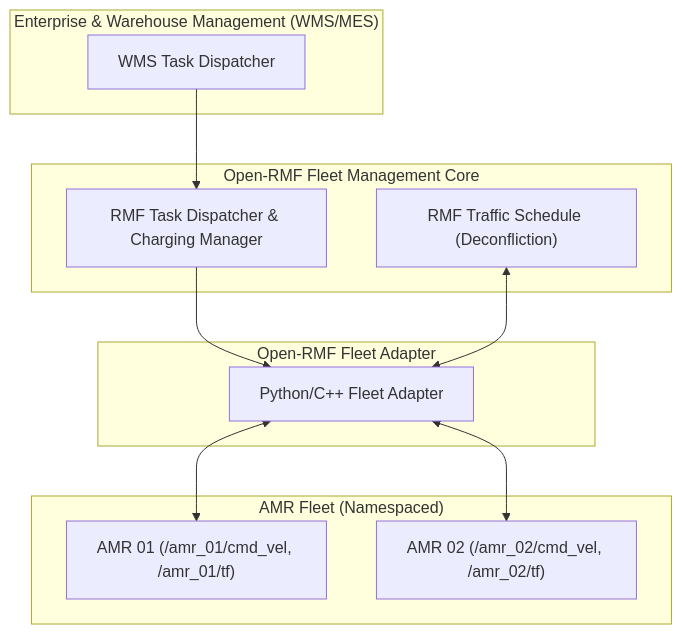
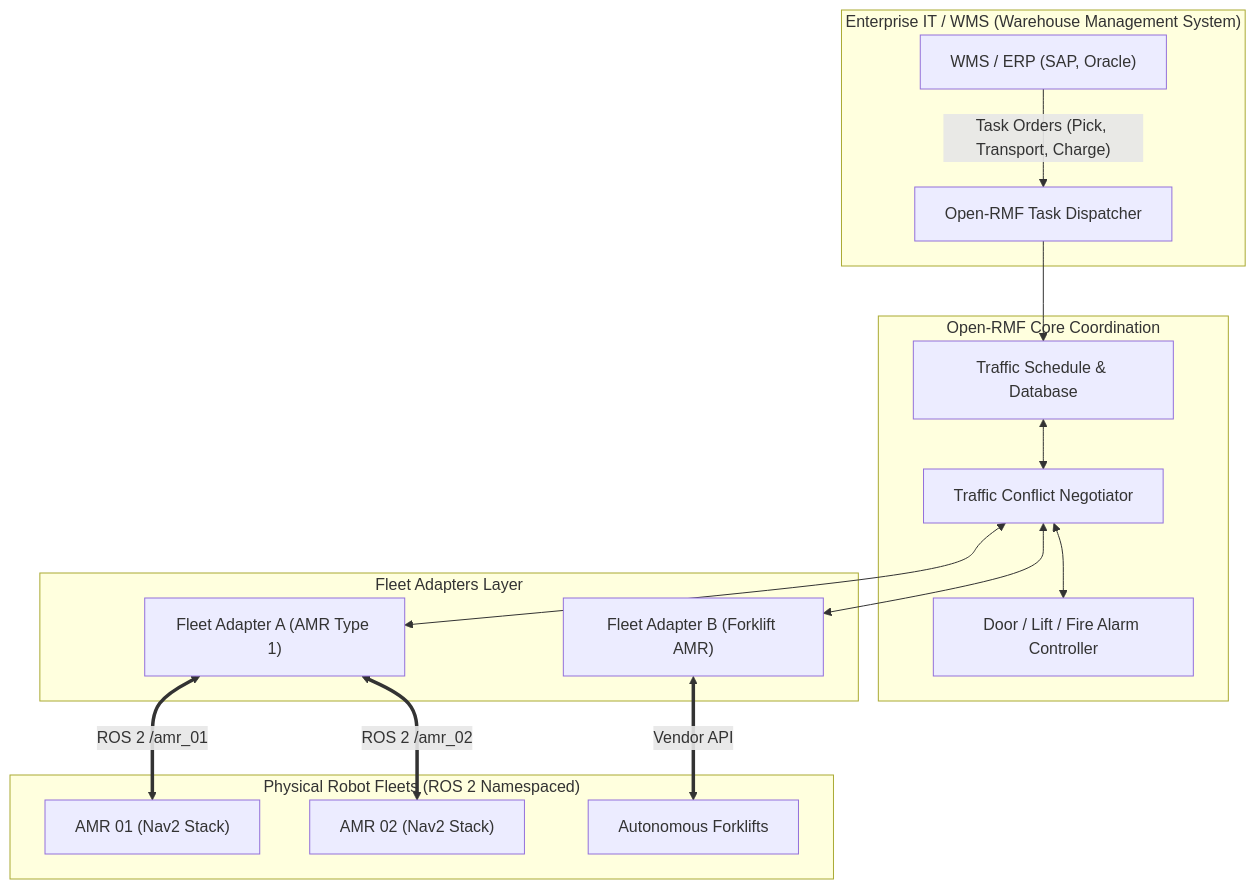
Before and after one commit to alfaXphoori/ros2: the first of 2 diagrams in Advanced_ROS/04_Multi_Robot_Fleet_OpenRMF/README.md, drawn with Mermaid. The commit also changed other lines of this file and 14 other files, not shown here.

````diff
--- a/Advanced_ROS/04_Multi_Robot_Fleet_OpenRMF/README.md
+++ b/Advanced_ROS/04_Multi_Robot_Fleet_OpenRMF/README.md
@@ -15,26 +22,23 @@
 ```mermaid
 flowchart TD
-    subgraph Enterprise ["Enterprise & Warehouse Management (WMS/MES)"]
-        WMS["WMS Task Dispatcher"]
+    subgraph Enterprise_Layer ["Enterprise IT / WMS (Warehouse Management System)"]
+        WMS["WMS / ERP (SAP, Oracle)"] -->|"Task Orders (Pick, Transport, Charge)"| Dispatcher["Open-RMF Task Dispatcher"]
     end
 
-    subgraph OpenRMF ["Open-RMF Fleet Management Core"]
-        TrafficSchedule["RMF Traffic Schedule (Deconfliction)"]
-        TaskPlanner["RMF Task Dispatcher & Charging Manager"]
+    subgraph RMF_Core ["Open-RMF Core Coordination"]
+        Dispatcher --> Schedule["Traffic Schedule & Database"]
+        Schedule <--> Negotiator["Traffic Conflict Negotiator"]
+        Negotiator <--> Building["Door / Lift / Fire Alarm Controller"]
     end
 
-    subgraph FleetAdapter ["Open-RMF Fleet Adapter"]
-        Adapter["Python/C++ Fleet Adapter"]
+    subgraph Fleet_Adapters ["Fleet Adapters Layer"]
+        Negotiator <--> AdapterA["Fleet Adapter A (AMR Type 1)"]
+        Negotiator <--> AdapterB["Fleet Adapter B (Forklift AMR)"]
     end
 
-    subgraph Robots ["AMR Fleet (Namespaced)"]
-        R1["AMR 01 (/amr_01/cmd_vel, /amr_01/tf)"]
-        R2["AMR 02 (/amr_02/cmd_vel, /amr_02/tf)"]
+    subgraph Physical_Fleets ["Physical Robot Fleets (ROS 2 Namespaced)"]
+        AdapterA <==>|"ROS 2 /amr_01"| AMR1["AMR 01 (Nav2 Stack)"]
+        AdapterA <==>|"ROS 2 /amr_02"| AMR2["AMR 02 (Nav2 Stack)"]
+        AdapterB <==>|"Vendor API"| Forklifts["Autonomous Forklifts"]
     end
-
-    WMS --> TaskPlanner
-    TaskPlanner --> Adapter
-    TrafficSchedule <--> Adapter
-    Adapter <--> R1
-    Adapter <--> R2
 ```
````
